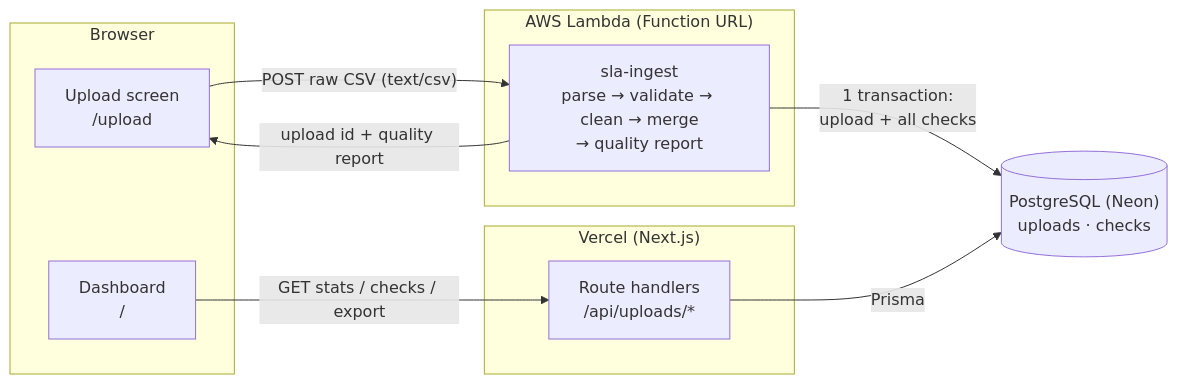
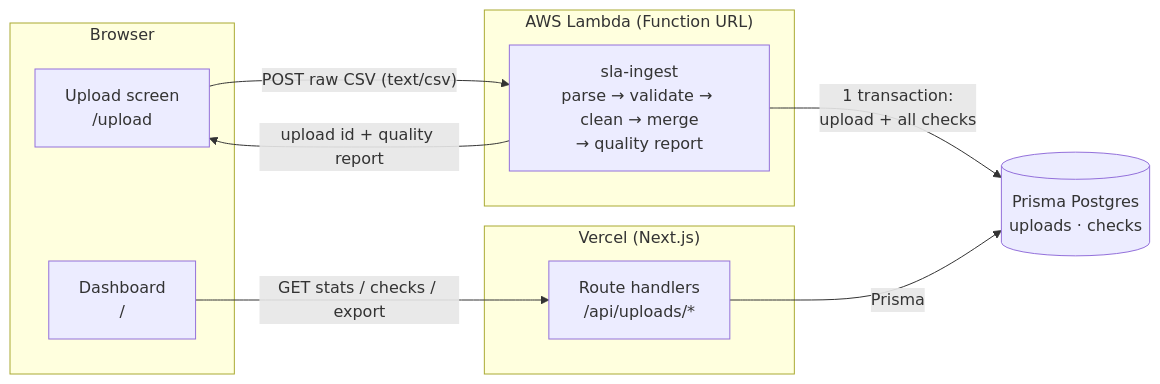
The diagram in README.md (urvish-j-p/sla-earthre), drawn with Mermaid before and after one commit. The commit also changed other lines of this file and 11 other files, not shown here.

First line of the commit message:
refactor(db): use a single DATABASE_URL and move the schema into web/

````diff
--- a/README.md
+++ b/README.md
@@ -28,20 +28,20 @@
 ```mermaid
 flowchart LR
     subgraph Browser
       U[Upload screen<br/>/upload]
       D[Dashboard<br/>/]
     end
     subgraph AWS["AWS Lambda (Function URL)"]
       L["sla-ingest<br/>parse → validate → clean → merge<br/>→ quality report"]
     end
     subgraph Vercel["Vercel (Next.js)"]
       API["Route handlers<br/>/api/uploads/*"]
     end
-    DB[("PostgreSQL (Neon)<br/>uploads · checks")]
+    DB[("Prisma Postgres<br/>uploads · checks")]
 
     U -- "POST raw CSV (text/csv)" --> L
     L -- "1 transaction:<br/>upload + all checks" --> DB
     L -- "upload id + quality report" --> U
     D -- "GET stats / checks / export" --> API
     API -- Prisma --> DB
 ```
````
